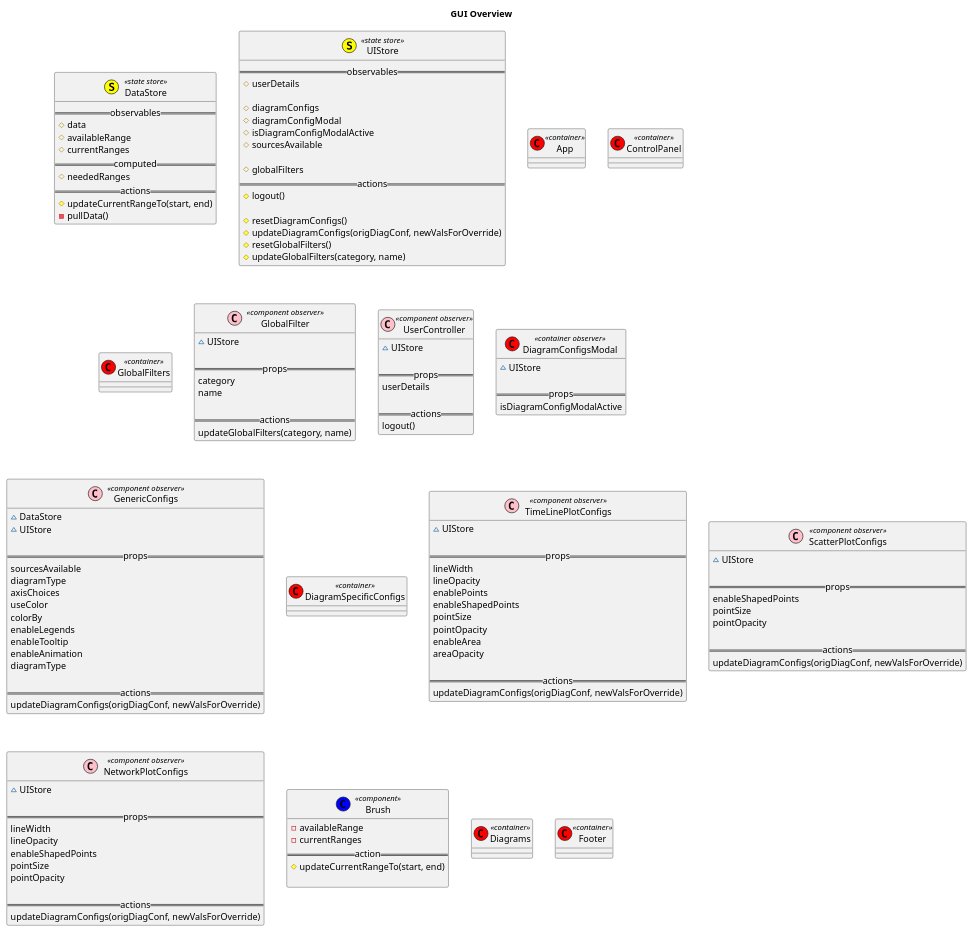
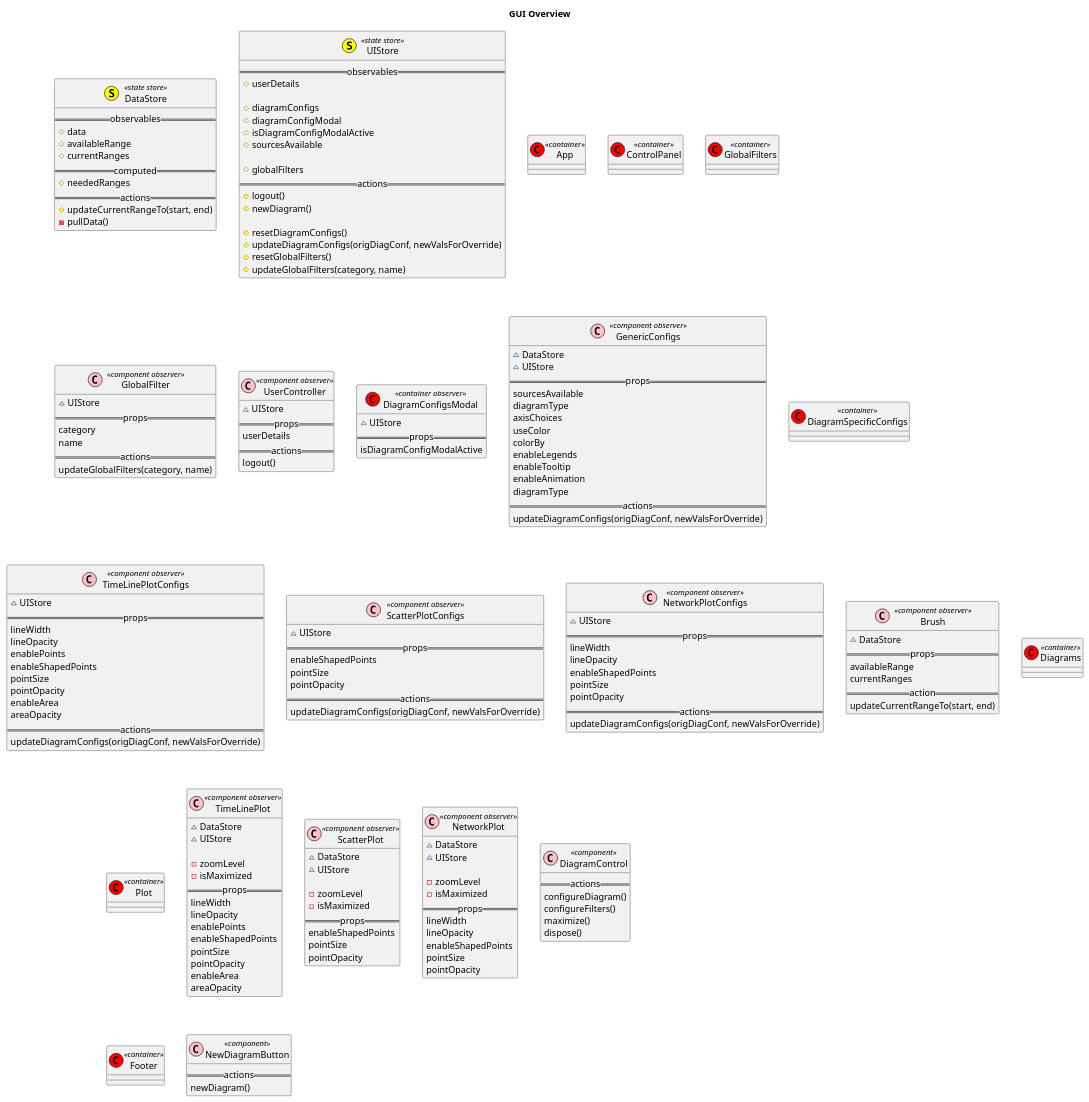
Before and after one commit to hexrcs/frontend-demo: the diagram in docs/diagrams/src/overview.wsd, drawn with PlantUML.

Commit message:
Added all "classes"

```diff
--- a/docs/diagrams/src/overview.wsd
+++ b/docs/diagrams/src/overview.wsd
@@ -1,154 +1,198 @@
 @startuml
 title GUI Overview
 
 class DataStore << (S,Yellow) state store >> {
   ==observables==
   # data
   # availableRange
   # currentRanges
   ==computed==
   # neededRanges
   ==actions==
   # updateCurrentRangeTo(start, end)
   - pullData()
 }
 
 class UIStore << (S,Yellow) state store >> {
   ==observables==
   # userDetails
 
   # diagramConfigs
   # diagramConfigModal
   # isDiagramConfigModalActive
   # sourcesAvailable
 
   # globalFilters
   ==actions==
   # logout()
-
+  # newDiagram()
+  
   # resetDiagramConfigs()
   # updateDiagramConfigs(origDiagConf, newValsForOverride)
   # resetGlobalFilters()
   # updateGlobalFilters(category, name)
 }
 
 class App << (C,red) container >> {
 }
 
 class ControlPanel << (C,red) container >> {
 }
 
 class GlobalFilters << (C,red) container >> {
 }
 
 class GlobalFilter << (C,pink) component observer >> {
   ~ UIStore
-
   ==props==
   category
   name
-
   ==actions==
   updateGlobalFilters(category, name)
 }
 
 class UserController << (C,pink) component observer >> {
   ~ UIStore
-
   ==props==
   userDetails
-
   ==actions==
   logout()
 }
 
 class DiagramConfigsModal << (C,red) container observer >> {
   ~ UIStore
-
   ==props==
   isDiagramConfigModalActive
 }
 
 class GenericConfigs << (C,pink) component observer >> {
   ~ DataStore
   ~ UIStore
-
   ==props==
   sourcesAvailable
   diagramType
   axisChoices
   useColor
   colorBy
   enableLegends
   enableTooltip
   enableAnimation
   diagramType
-
   ==actions==
   updateDiagramConfigs(origDiagConf, newValsForOverride)
 }
 
 class DiagramSpecificConfigs << (C,red) container >> {
 }
 
 class TimeLinePlotConfigs  << (C,pink) component observer >> {
   ~ UIStore
-
   ==props==
   lineWidth
   lineOpacity
   enablePoints
   enableShapedPoints
   pointSize
   pointOpacity
   enableArea
   areaOpacity
-
   ==actions==
   updateDiagramConfigs(origDiagConf, newValsForOverride)
 }
 
 class ScatterPlotConfigs  << (C,pink) component observer >> {
   ~ UIStore
-
   ==props==
   enableShapedPoints
   pointSize
   pointOpacity
-
   ==actions==
   updateDiagramConfigs(origDiagConf, newValsForOverride)
 }
 
 class NetworkPlotConfigs  << (C,pink) component observer >> {
   ~ UIStore
-
   ==props==
   lineWidth
   lineOpacity
   enableShapedPoints
   pointSize
   pointOpacity
-
   ==actions==
   updateDiagramConfigs(origDiagConf, newValsForOverride)
 }
 
 class Brush << (C,pink) component observer >> {
-  - availableRange
-  - currentRanges
+  ~ DataStore
+  ==props==
+  availableRange
+  currentRanges
   ==action==
-  # updateCurrentRangeTo(start, end)
+  updateCurrentRangeTo(start, end)
 }
 
 class Diagrams << (C,red) container >> {
 }
 
+class Plot << (C,red) container >> {
+}
+
+class TimeLinePlot  << (C,pink) component observer >> {
+  ~ DataStore
+  ~ UIStore
+
+  - zoomLevel
+  - isMaximized
+  ==props==
+  lineWidth
+  lineOpacity
+  enablePoints
+  enableShapedPoints
+  pointSize
+  pointOpacity
+  enableArea
+  areaOpacity
+}
+
+class ScatterPlot  << (C,pink) component observer >> {
+  ~ DataStore
+  ~ UIStore
+
+  - zoomLevel
+  - isMaximized
+  ==props==
+  enableShapedPoints
+  pointSize
+  pointOpacity
+}
+
+class NetworkPlot  << (C,pink) component observer >> {
+  ~ DataStore
+  ~ UIStore
+
+  - zoomLevel
+  - isMaximized
+  ==props==
+  lineWidth
+  lineOpacity
+  enableShapedPoints
+  pointSize
+  pointOpacity
+}
+
+class DiagramControl << (C,pink) component >> {
+  ==actions==
+  configureDiagram()
+  configureFilters()
+  maximize()
+  dispose()
+}
+
 class Footer << (C,red) container >> {
 }
 
-class Brush << (C,blue) component >> {
-
+class NewDiagramButton << (C,pink) component >> {
+  ==actions==
+  newDiagram()
 }
-
 @enduml
```
